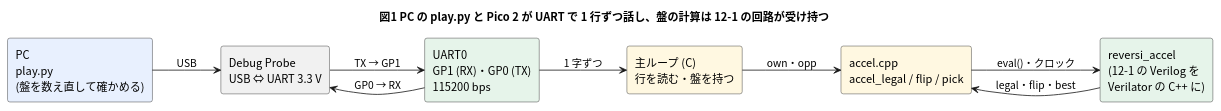
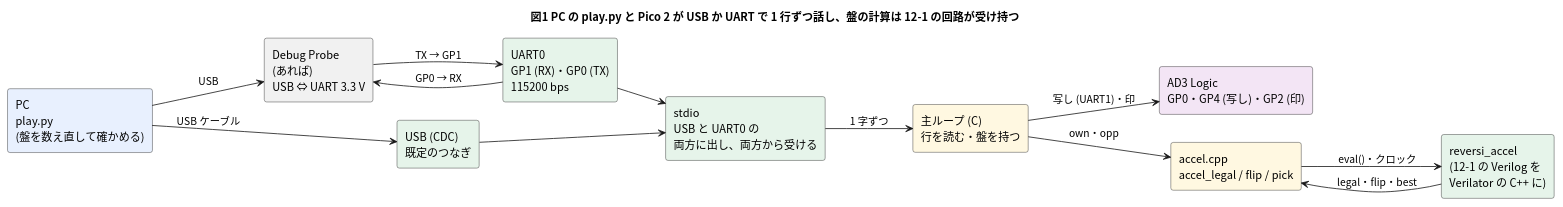
One commit to tommie-jp/tommie-circuit-workbook changed the diagram in 06-fpga/12-projects/02-reversi-uart.md. Above: the diagram before and after it, drawn with PlantUML. The commit also changed other lines of this file and 5 other files, not shown here.

First line of the commit message:
docs: 12-2 を Debug Probe なしで組めるようにする (USB が既定、Probe はあれば)

````diff
--- a/06-fpga/12-projects/02-reversi-uart.md
+++ b/06-fpga/12-projects/02-reversi-uart.md
@@ -85,26 +92,33 @@
 ```plantuml
 @startuml
 left to right direction
 skinparam shadowing false
 skinparam defaultFontName "Noto Sans CJK JP"
 skinparam rectangle {
   RoundCorner 6
 }
-title 図1 PC の play.py と Pico 2 が UART で 1 行ずつ話し、盤の計算は 12-1 の回路が受け持つ
+title 図1 PC の play.py と Pico 2 が USB か UART で 1 行ずつ話し、盤の計算は 12-1 の回路が受け持つ
 
 rectangle "PC\nplay.py\n(盤を数え直して確かめる)" as PC #E8F0FE
-rectangle "Debug Probe\nUSB ⇔ UART 3.3 V" as DP
+rectangle "Debug Probe\n(あれば)\nUSB ⇔ UART 3.3 V" as DP
+rectangle "USB (CDC)\n既定のつなぎ" as USB #E6F4EA
 rectangle "UART0\nGP1 (RX)・GP0 (TX)\n115200 bps" as UART #E6F4EA
+rectangle "stdio\nUSB と UART0 の\n両方に出し、両方から受ける" as STDIO #E6F4EA
 rectangle "主ループ (C)\n行を読む・盤を持つ" as MAIN #FFF8E1
+rectangle "AD3 Logic\nGP0・GP4 (写し)・GP2 (印)" as AD #F3E5F5
 rectangle "accel.cpp\naccel_legal / flip / pick" as ACC #FFF8E1
 rectangle "reversi_accel\n(12-1 の Verilog を\nVerilator の C++ に)" as RTL #E6F4EA
 
+PC --> USB : USB ケーブル
 PC --> DP : USB
 DP --> UART : TX → GP1
 UART --> DP : GP0 → RX
-UART --> MAIN : 1 字ずつ
+USB --> STDIO
+UART --> STDIO
+STDIO --> MAIN : 1 字ずつ
+MAIN --> AD : 写し (UART1)・印
 MAIN --> ACC : own・opp
 ACC --> RTL : eval()・クロック
 RTL --> ACC : legal・flip・best
 @enduml
 ```
````
